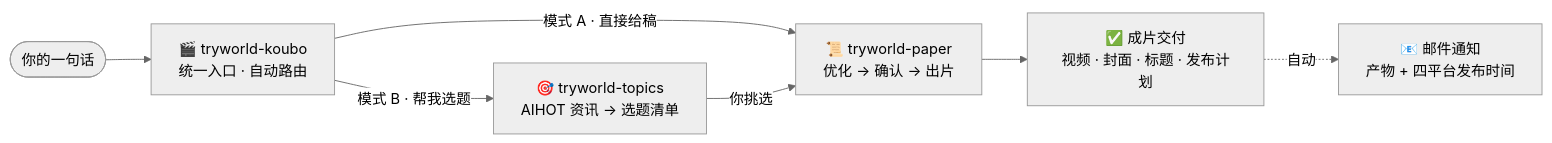
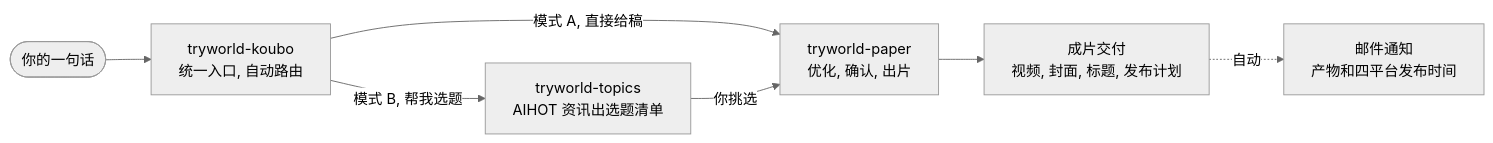
One commit to TryWorld2026/paper-algorithm changed the diagram in README.zh-CN.md. Above: the diagram before and after it, drawn with Mermaid (neutral theme). The commit also changed 1 other file, not shown here.

Commit message:
修复 README Mermaid 图 GitHub 渲染失败：节点去 emoji、边标签去特殊字符

````diff
--- a/README.zh-CN.md
+++ b/README.zh-CN.md
@@ -143,9 +143,9 @@
 ```mermaid
 flowchart LR
-    U(["你的一句话"]) --> P["🎬 tryworld-koubo<br/>统一入口 · 自动路由"]
-    P -- "模式 A · 直接给稿" --> A["📜 tryworld-paper<br/>优化 → 确认 → 出片"]
-    P -- "模式 B · 帮我选题" --> S["🎯 tryworld-topics<br/>AIHOT 资讯 → 选题清单"]
+    U(["你的一句话"]) --> P["tryworld-koubo<br/>统一入口, 自动路由"]
+    P -- "模式 A, 直接给稿" --> A["tryworld-paper<br/>优化, 确认, 出片"]
+    P -- "模式 B, 帮我选题" --> S["tryworld-topics<br/>AIHOT 资讯出选题清单"]
     S -- "你挑选" --> A
-    A --> O["✅ 成片交付<br/>视频 · 封面 · 标题 · 发布计划"]
-    O -. "自动" .-> M["📧 邮件通知<br/>产物 + 四平台发布时间"]
+    A --> O["成片交付<br/>视频, 封面, 标题, 发布计划"]
+    O -. 自动 .-> M["邮件通知<br/>产物和四平台发布时间"]
 ```
````
